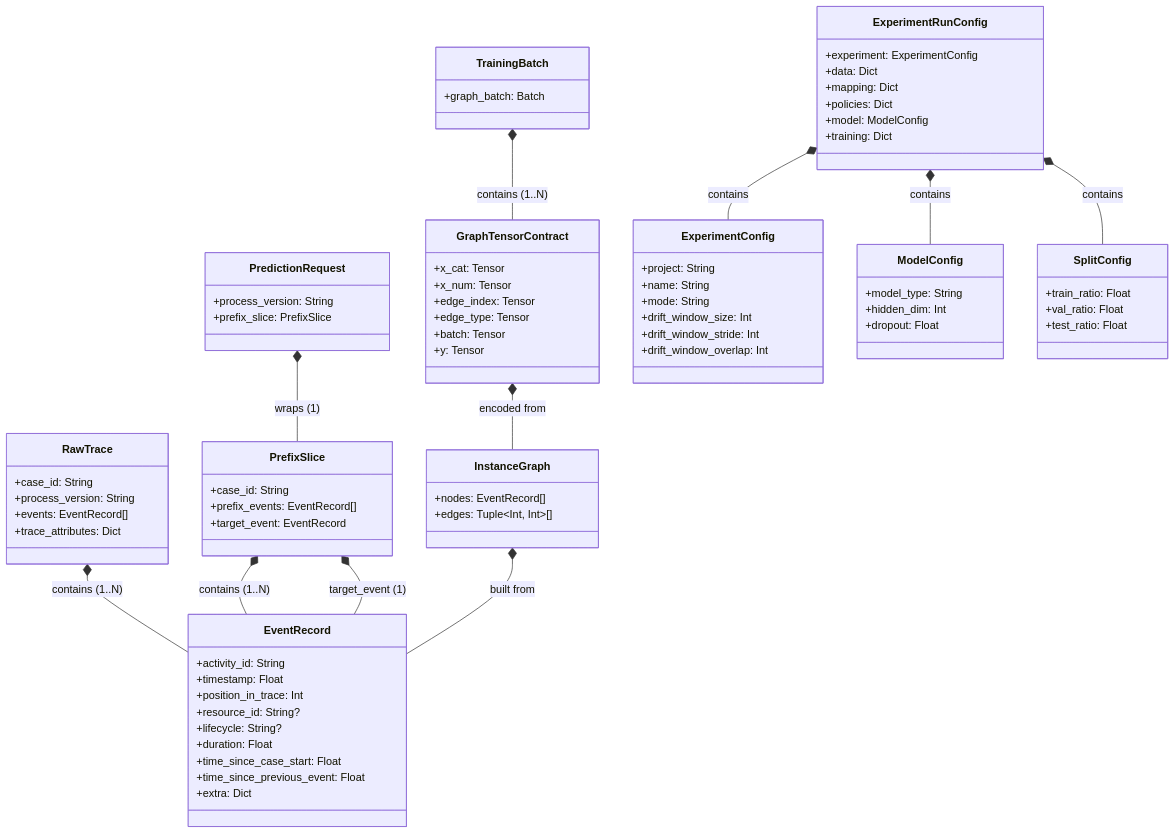
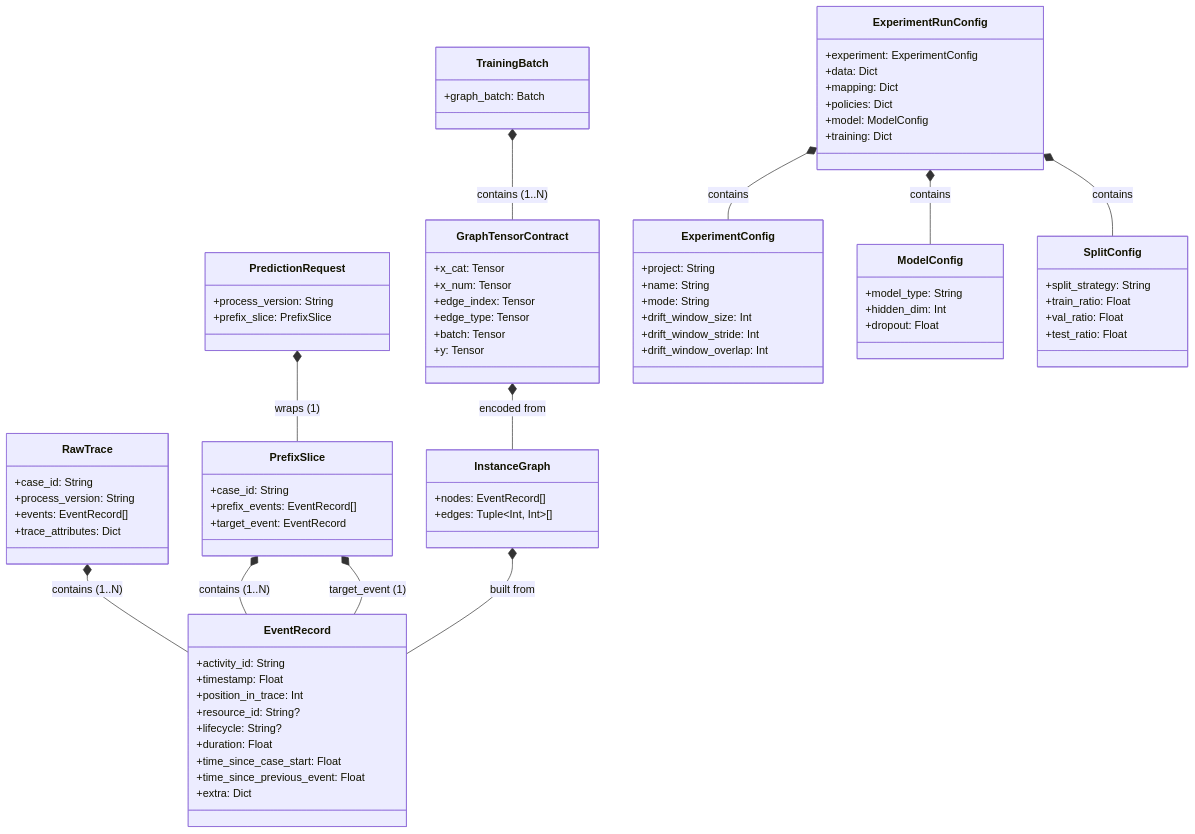
The fourth of 4 diagrams in docs/DATA_MODEL_MVP1.MD (ghsrg/bpm_prediction), drawn with Mermaid before and after one commit. The commit also changed other lines of this file and 11 other files, not shown here.

```diff
--- a/docs/DATA_MODEL_MVP1.MD
+++ b/docs/DATA_MODEL_MVP1.MD
@@ -329,6 +330,7 @@
     }
 
     class SplitConfig {
+        +split_strategy: String
         +train_ratio: Float
         +val_ratio: Float
         +test_ratio: Float
```
